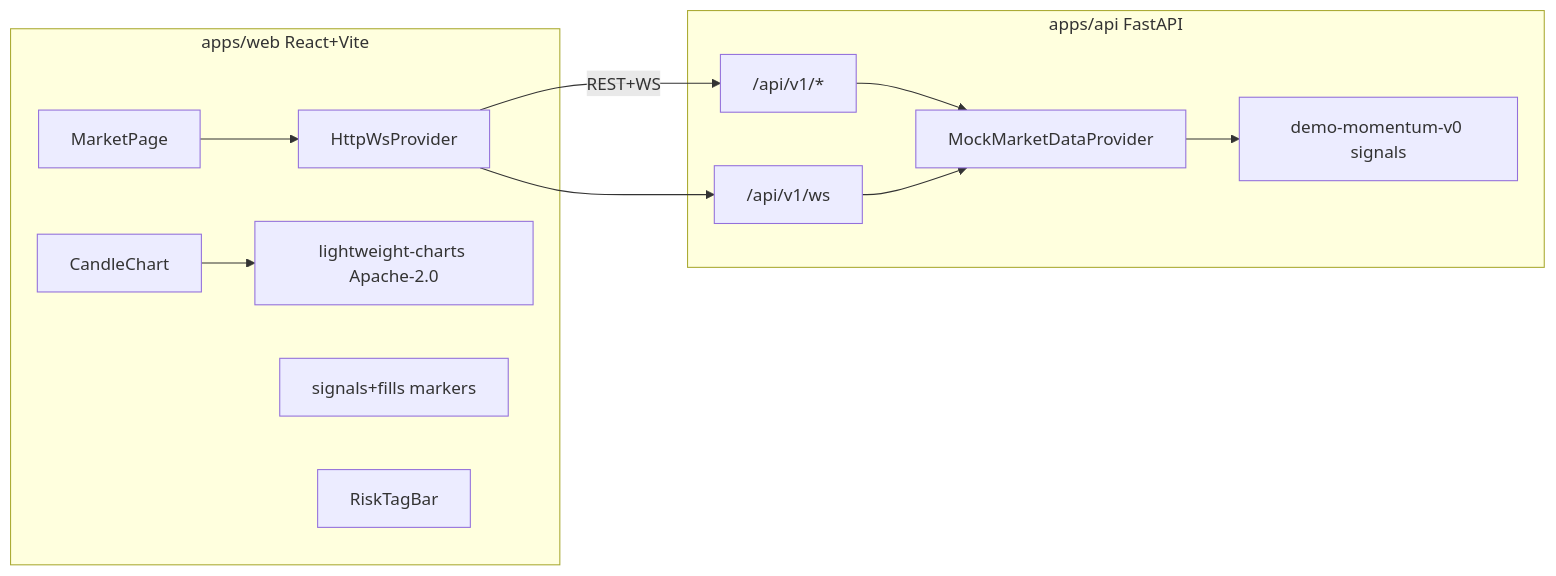
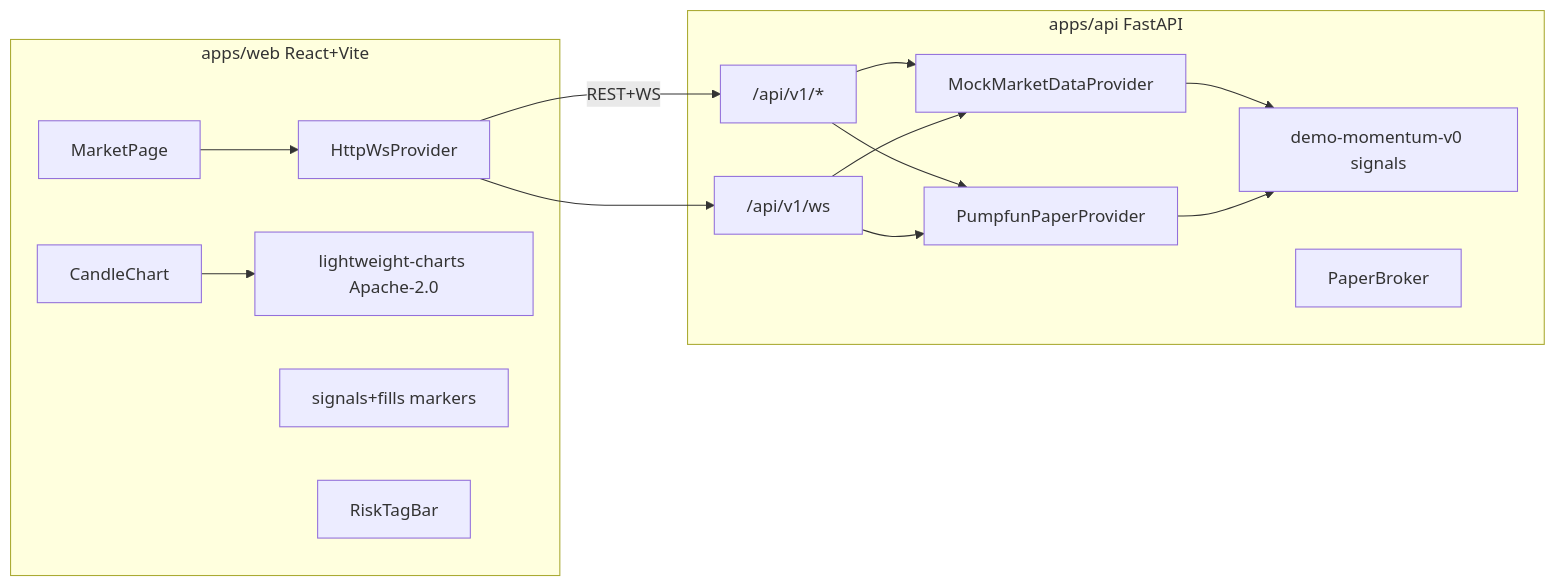
One commit to Douriff/AUU changed the diagram in docs/architecture.md. Above: the diagram before and after it, drawn with Mermaid. The commit also changed other lines of this file and 28 other files, not shown here.

First line of the commit message:
feat: pumpfun_paper local curve provider (venue=Pump.fun, paper-only)

````diff
--- a/docs/architecture.md
+++ b/docs/architecture.md
@@ -3,20 +3,25 @@
 ```mermaid
 flowchart LR
   subgraph web [apps/web React+Vite]
     MarketPage --> HttpWsProvider
     CandleChart --> LWC[lightweight-charts Apache-2.0]
     Overlay[signals+fills markers]
     RiskTagBar
   end
   subgraph api [apps/api FastAPI]
     REST["/api/v1/*"]
     WS["/api/v1/ws"]
     Mock[MockMarketDataProvider]
+    Pump[PumpfunPaperProvider]
     Demo[demo-momentum-v0 signals]
+    Paper[PaperBroker]
   end
   HttpWsProvider -->|REST+WS| REST
   HttpWsProvider --> WS
   REST --> Mock
+  REST --> Pump
   WS --> Mock
+  WS --> Pump
   Mock --> Demo
+  Pump --> Demo
 ```
````
